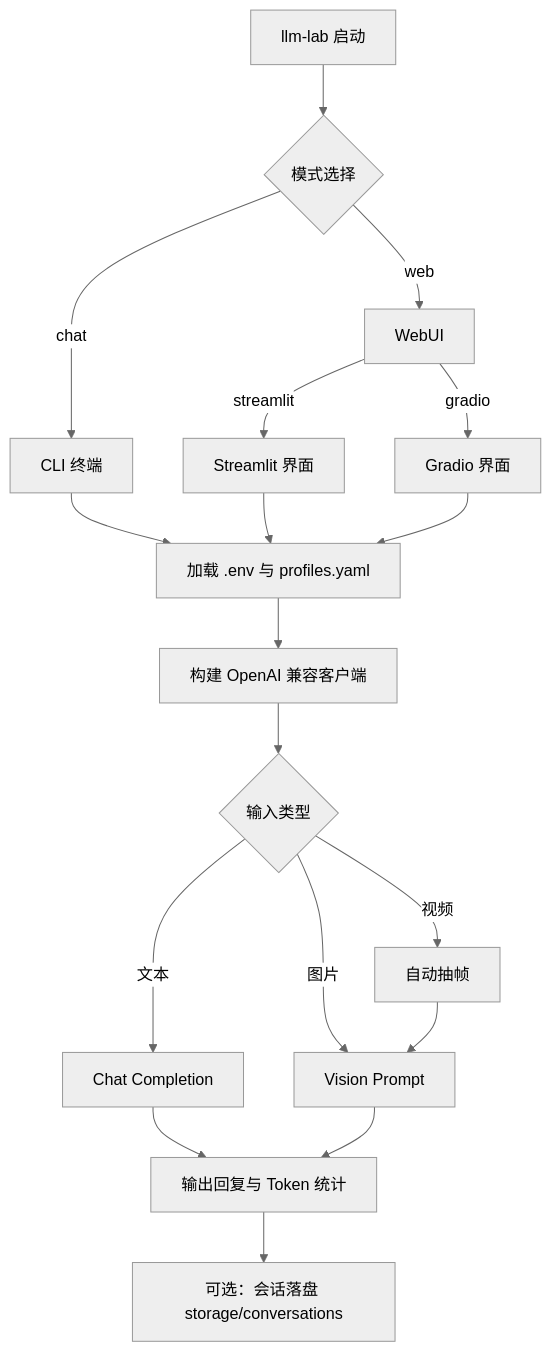
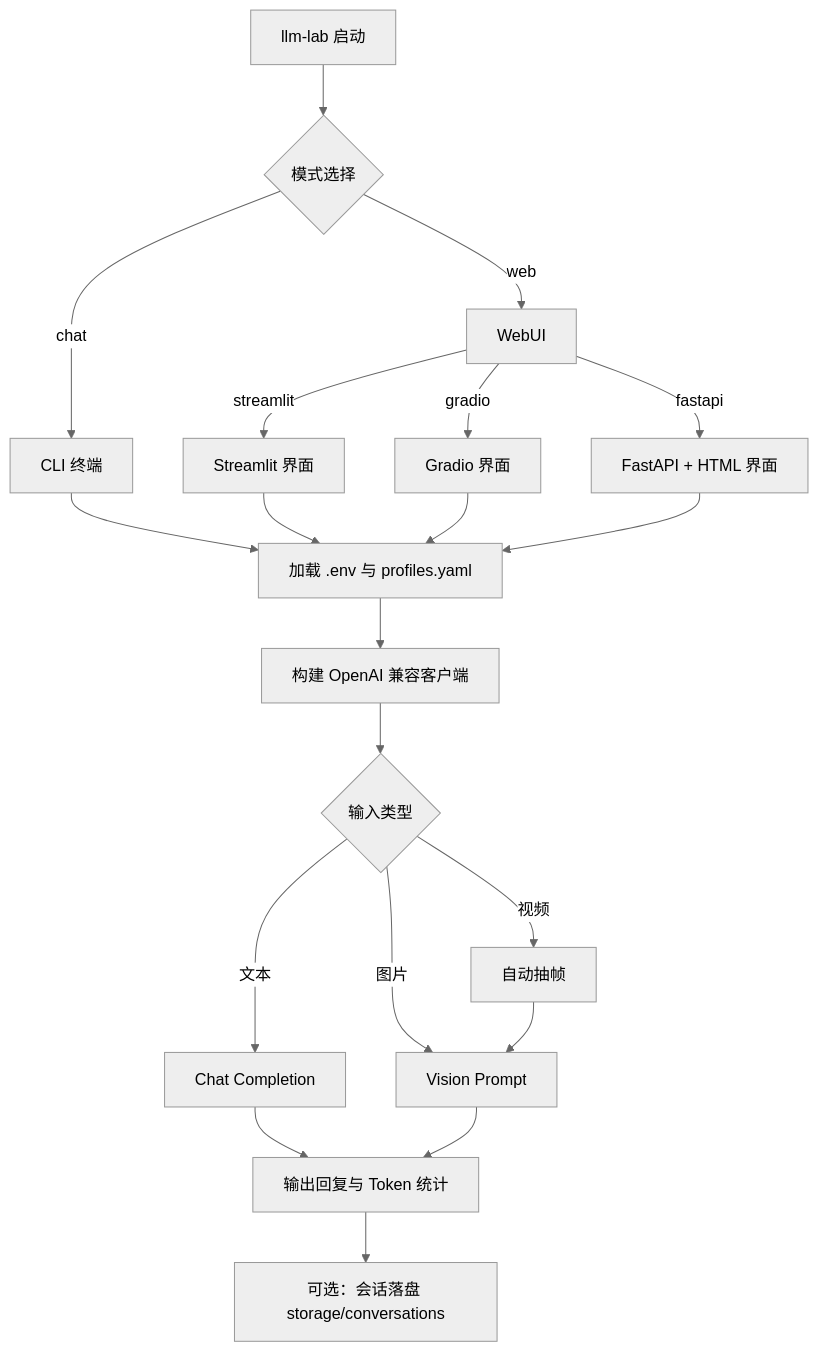
Before and after one commit to BrenchCC/LLM_Lab: the diagram in README.md, drawn with Mermaid (neutral theme). The commit also changed other lines of this file and 14 other files, not shown here.

First line of the commit message:
feat(web): add FastAPI HTML UI with SSE chat streaming

````diff
--- a/README.md
+++ b/README.md
@@ -41,20 +42,22 @@
 ```mermaid
 flowchart TD
     A[llm-lab 启动] --> B{模式选择}
     B -->|chat| C[CLI 终端]
     B -->|web| D[WebUI]
     D -->|streamlit| E[Streamlit 界面]
     D -->|gradio| F[Gradio 界面]
+    D -->|fastapi| O[FastAPI + HTML 界面]
     C --> G[加载 .env 与 profiles.yaml]
     E --> G
     F --> G
+    O --> G
     G --> H[构建 OpenAI 兼容客户端]
     H --> I{输入类型}
     I -->|文本| J[Chat Completion]
     I -->|图片| K[Vision Prompt]
     I -->|视频| L[自动抽帧]
     L --> K
     J --> M[输出回复与 Token 统计]
     K --> M
     M --> N[可选：会话落盘 storage/conversations]
 ```
````
